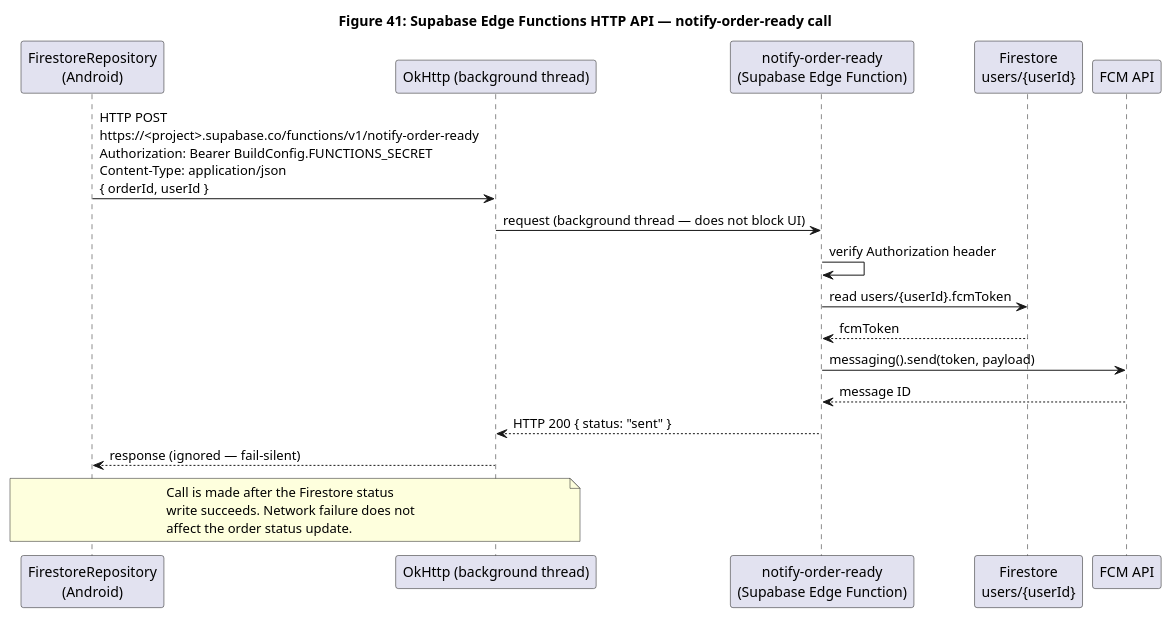
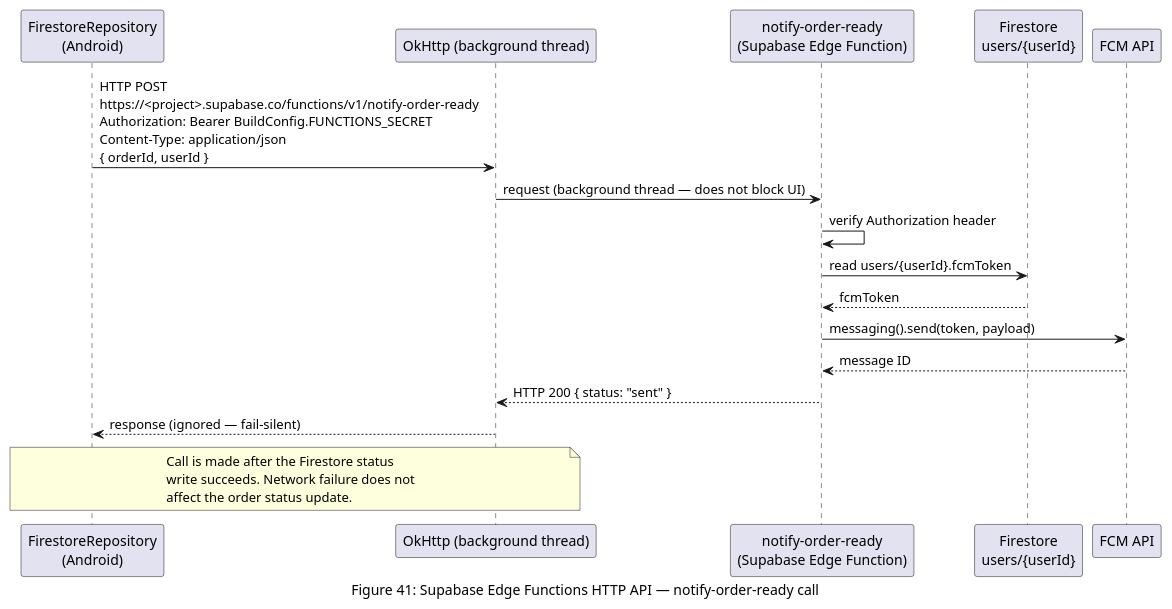
One commit to Musyonchez/beni-2 changed diagram 11 of 12 in pdf-source/figures/ch-6.md. Above: the diagram before and after it, drawn with PlantUML. The commit also changed other lines of this file and 30 other files, not shown here.

First line of the commit message:
chore: update figures, add generated PNGs, fix figure follow-up paragraphs

````diff
--- a/pdf-source/figures/ch-6.md
+++ b/pdf-source/figures/ch-6.md
@@ -439,28 +439,28 @@
 ```plantuml
 @startuml Figure41_SupabaseHTTPAPI
 skinparam backgroundColor white
 skinparam defaultFontName Arial
-title Figure 41: Supabase Edge Functions HTTP API — notify-order-ready call
+caption Figure 41: Supabase Edge Functions HTTP API — notify-order-ready call
 
 participant "FirestoreRepository\n(Android)" as REPO
 participant "OkHttp (background thread)" as HTTP
 participant "notify-order-ready\n(Supabase Edge Function)" as EF
 participant "Firestore\nusers/{userId}" as FS
 participant "FCM API" as FCM
 
 REPO -> HTTP : HTTP POST\nhttps://<project>.supabase.co/functions/v1/notify-order-ready\nAuthorization: Bearer BuildConfig.FUNCTIONS_SECRET\nContent-Type: application/json\n{ orderId, userId }
 HTTP -> EF : request (background thread — does not block UI)
 EF -> EF : verify Authorization header
 EF -> FS : read users/{userId}.fcmToken
 FS --> EF : fcmToken
 EF -> FCM : messaging().send(token, payload)
 FCM --> EF : message ID
 EF --> HTTP : HTTP 200 { status: "sent" }
 HTTP --> REPO : response (ignored — fail-silent)
 note over REPO, HTTP
   Call is made after the Firestore status
   write succeeds. Network failure does not
   affect the order status update.
 end note
 @enduml
 ```
````
